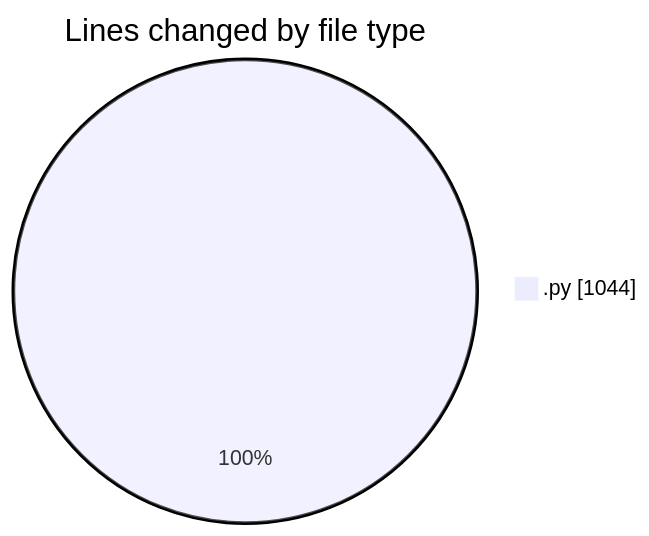
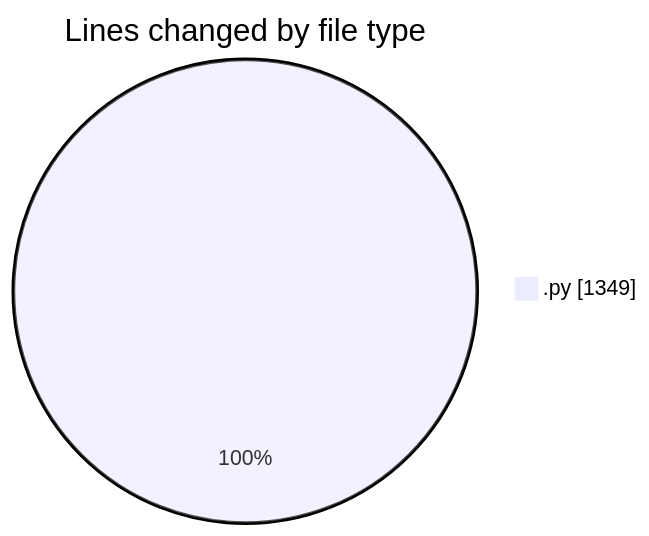
One commit to lephambinh05/code-tracking changed the first of 2 diagrams in 2025-07-21/reg/README.md. Above: the diagram before and after it, drawn with Mermaid. The commit also changed other lines of this file and 1 other file, not shown here.

````diff
--- a/2025-07-21/reg/README.md
+++ b/2025-07-21/reg/README.md
@@ -24,5 +25,5 @@
 ```mermaid
 pie showData
 title Lines changed by file type
-".py" : 1044
+".py" : 1349
 ```
````
